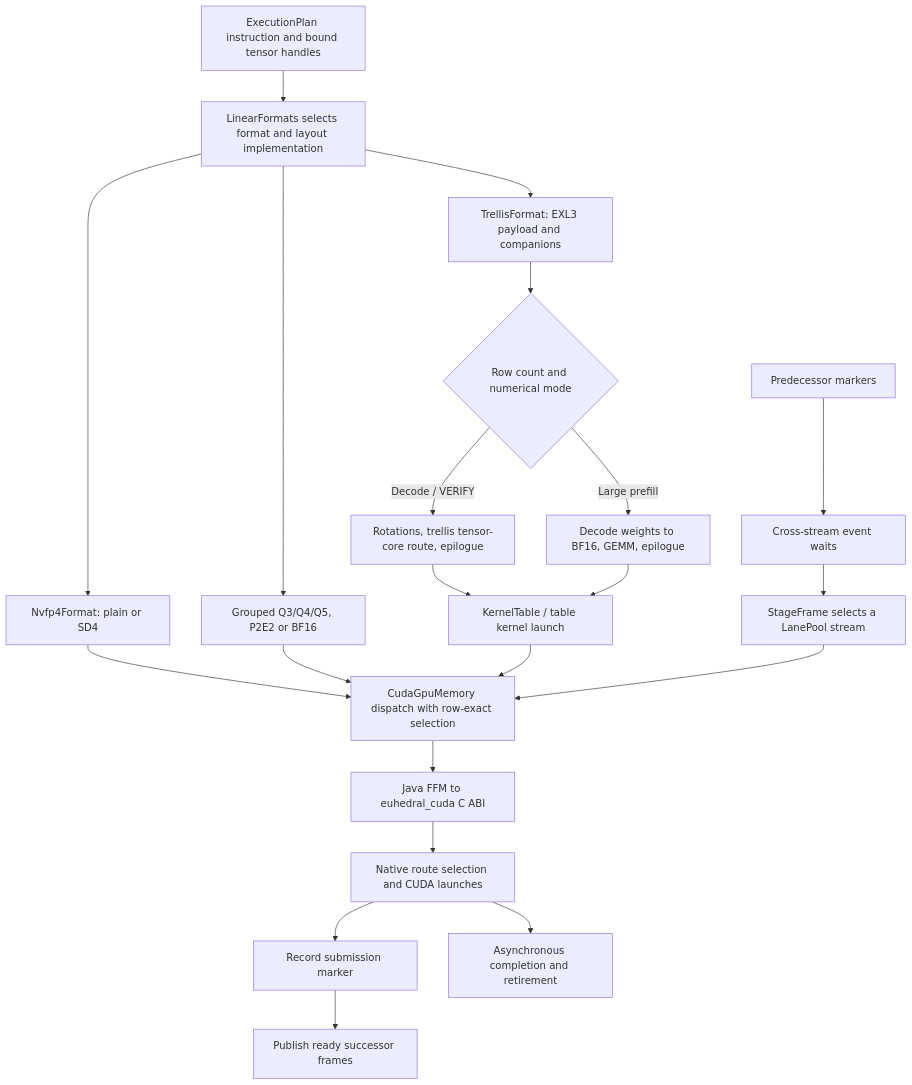
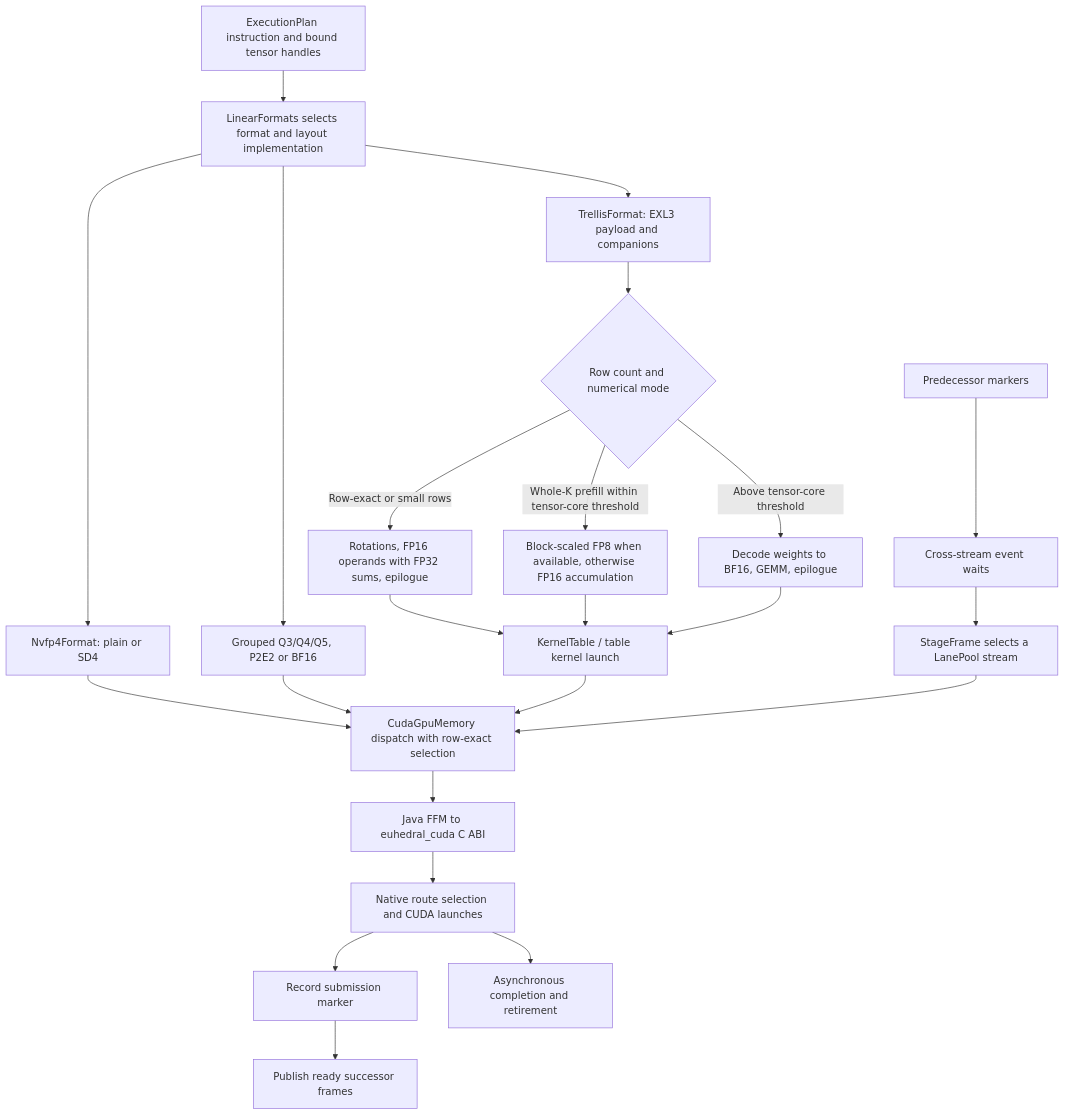
The diagram in docs/architecture/07-cuda-execution.md (Euhedral-Engine/Euhedral), drawn with Mermaid before and after one commit. The commit also changed other lines of this file and 10 other files, not shown here.

Commit message:
docs: refresh architecture against current runtime and startup

````diff
--- a/docs/architecture/07-cuda-execution.md
+++ b/docs/architecture/07-cuda-execution.md
@@ -5,23 +5,25 @@
 ```mermaid
 flowchart TB
     Instruction[ExecutionPlan instruction and bound tensor handles] --> Format[LinearFormats selects format and layout implementation]
     Format --> NV[Nvfp4Format: plain or SD4]
     Format --> TR[TrellisFormat: EXL3 payload and companions]
     Format --> Other[Grouped Q3/Q4/Q5, P2E2 or BF16]
     NV --> Binding[CudaGpuMemory dispatch with row-exact selection]
     TR --> TRoute{Row count and numerical mode}
-    TRoute -->|Decode / VERIFY| TMMA[Rotations, trellis tensor-core route, epilogue]
-    TRoute -->|Large prefill| TBF[Decode weights to BF16, GEMM, epilogue]
+    TRoute -->|Row-exact or small rows| TMMA[Rotations, FP16 operands with FP32 sums, epilogue]
+    TRoute -->|Whole-K prefill within tensor-core threshold| TFP8[Block-scaled FP8 when available, otherwise FP16 accumulation]
+    TRoute -->|Above tensor-core threshold| TBF[Decode weights to BF16, GEMM, epilogue]
     TMMA --> Table[KernelTable / table kernel launch]
+    TFP8 --> Table
     TBF --> Table
     Other --> Binding
     Table --> Binding
     Binding --> ABI[Java FFM to euhedral_cuda C ABI]
     ABI --> Native[Native route selection and CUDA launches]
     Lane[StageFrame selects a LanePool stream] --> Binding
     Pred[Predecessor markers] --> Wait[Cross-stream event waits]
     Wait --> Lane
     Native --> Marker[Record submission marker]
     Marker --> Successor[Publish ready successor frames]
     Native --> Completion[Asynchronous completion and retirement]
 ```
````
